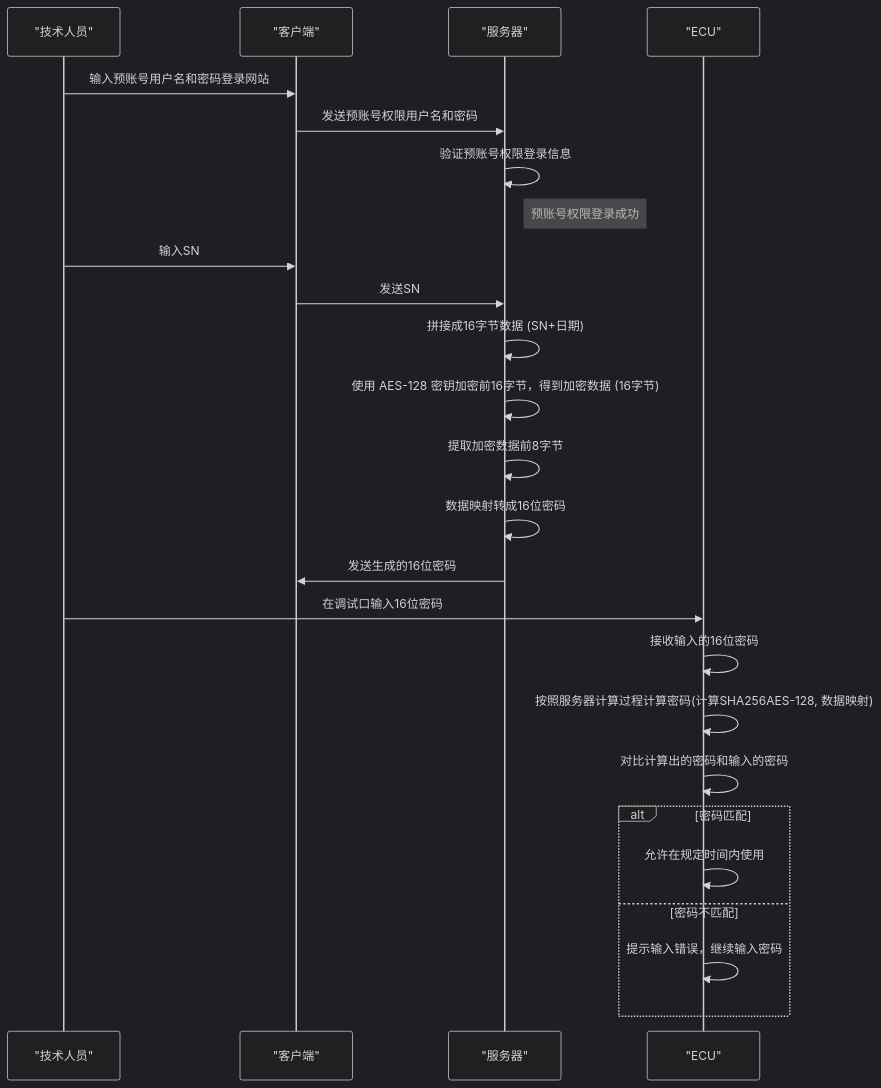
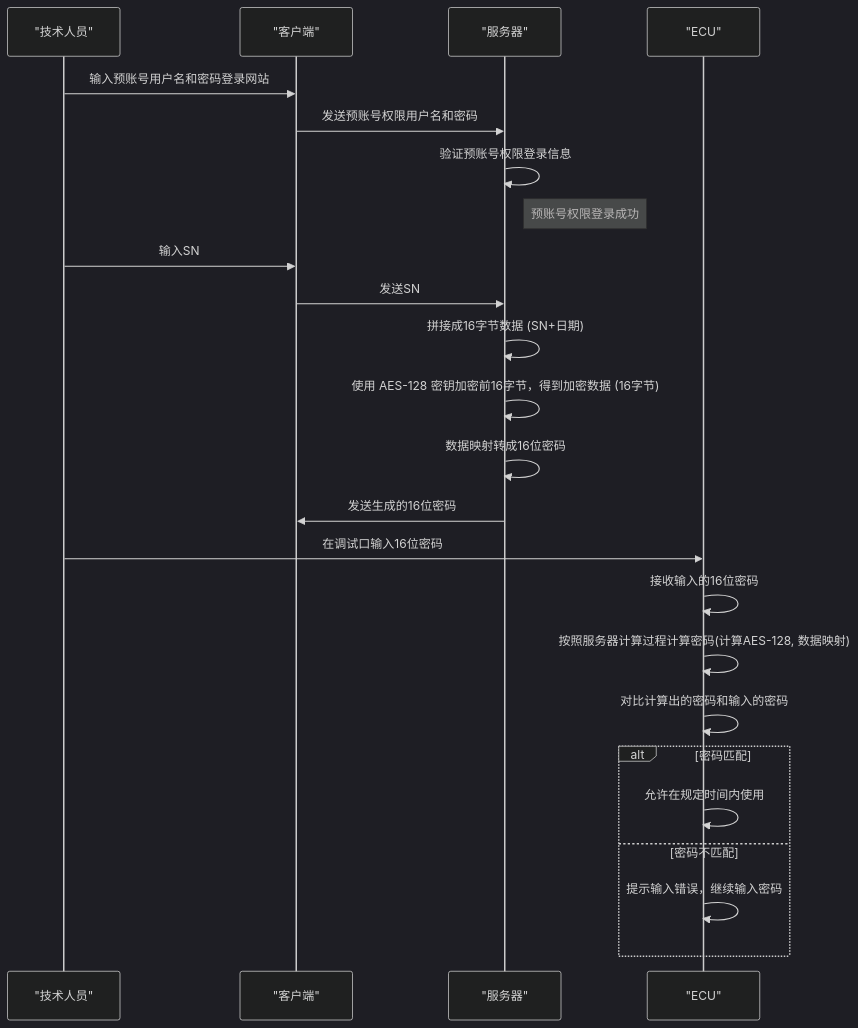
One commit to facebook-cloud/iodraw-files changed the diagram in all/未命名-12.md. Above: the diagram before and after it, drawn with Mermaid (dark theme).

Commit message:
2026-01-14 15:42:23 update

````diff
--- a/all/未命名-12.md
+++ b/all/未命名-12.md
@@ -1,36 +1,36 @@
 ```mermaid
 sequenceDiagram
     participant Technician as "技术人员"
     participant Client as "客户端"
     participant Server as "服务器"
     participant ECU as "ECU"
 
     Technician->>Client: 输入预账号用户名和密码登录网站
     Client->>Server: 发送预账号权限用户名和密码
 
     Server->>Server: 验证预账号权限登录信息
     Note right of Server: 预账号权限登录成功
 
     Technician->>Client: 输入SN
     Client->>Server: 发送SN
 
     Server->>Server: 拼接成16字节数据 (SN+日期)
     Server->>Server: 使用 AES-128 密钥加密前16字节，得到加密数据 (16字节)
-    Server->>Server: 提取加密数据前8字节
+
     Server->>Server: 数据映射转成16位密码
 
     Server->>Client: 发送生成的16位密码
 
     Technician->>ECU: 在调试口输入16位密码
 
     ECU->>ECU: 接收输入的16位密码
-    ECU->>ECU: 按照服务器计算过程计算密码(计算SHA256AES-128, 数据映射)
+    ECU->>ECU: 按照服务器计算过程计算密码(计算AES-128, 数据映射)
 
     ECU->>ECU: 对比计算出的密码和输入的密码
     alt 密码匹配
         ECU->>ECU: 允许在规定时间内使用
     else 密码不匹配
         ECU->>ECU: 提示输入错误，继续输入密码
     end
 
 ```
````
